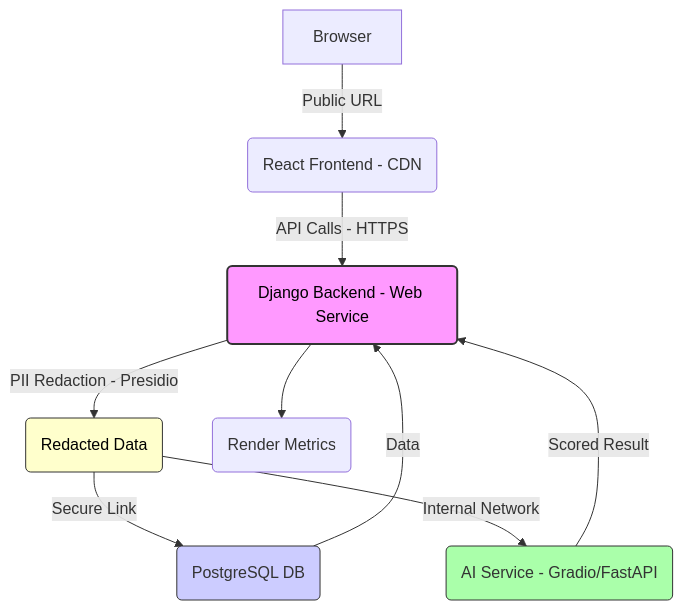
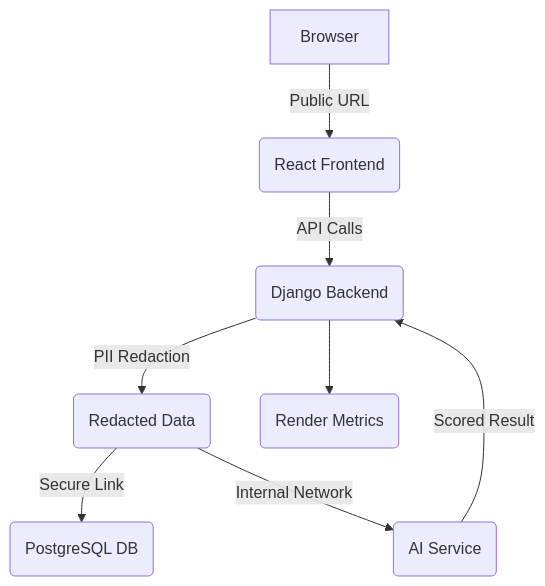
The second of 2 diagrams in README.md (Addisu-Taye/HR-recruitment-agent-Deployement), drawn with Mermaid before and after one commit. The commit also changed other lines of this file and 4 other files, not shown here.

````diff
--- a/README.md
+++ b/README.md
@@ -116,15 +180,10 @@
 ```mermaid
 graph TD
-    A[Browser] -->|Public URL| B(React Frontend - CDN)
-    B -->|API Calls - HTTPS| C(Django Backend - Web Service)
-    C -->|PII Redaction - Presidio| C_Redact(Redacted Data)
+    A[Browser] -->|Public URL| B(React Frontend)
+    B -->|API Calls| C(Django Backend)
+    C -->|PII Redaction| C_Redact(Redacted Data)
     C_Redact -->|Secure Link| D(PostgreSQL DB)
-    C_Redact -->|Internal Network| E(AI Service - Gradio/FastAPI)
+    C_Redact -->|Internal Network| E(AI Service)
+    E -->|Scored Result| C
     C --> F(Render Metrics)
-    E -->|Scored Result| C
-    D -->|Data| C
-    style C fill:#f9f,stroke:#333,stroke-width:2px,color:#000
-    style D fill:#ccf,stroke:#333
-    style E fill:#afa,stroke:#333
-    style C_Redact fill:#ffc,stroke:#333,color:#000
 ```
````
